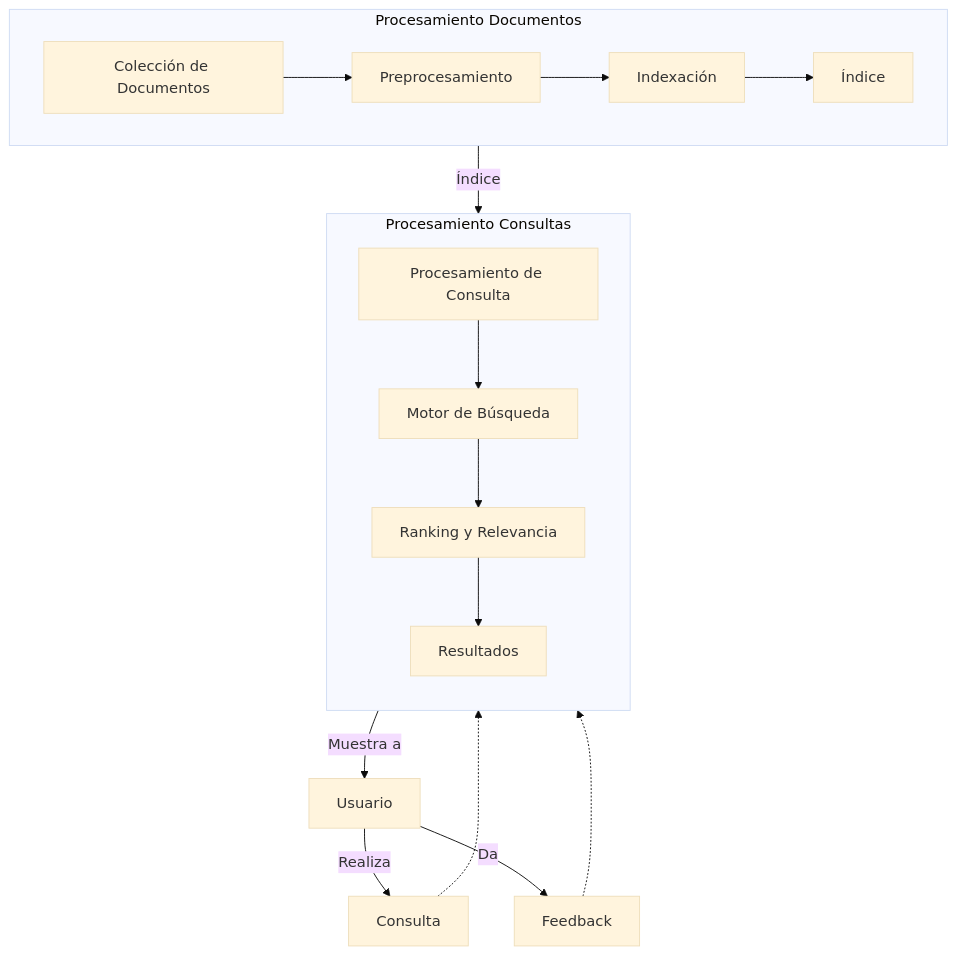
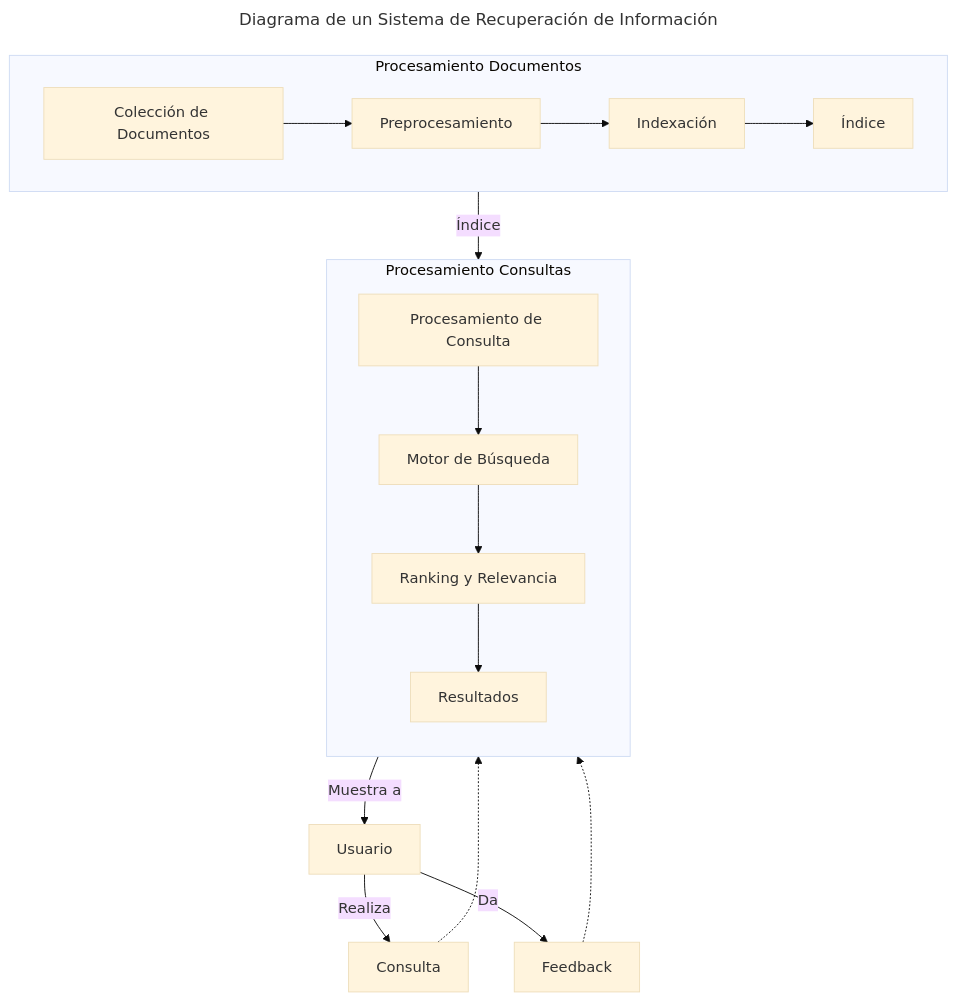
One commit to untref-edd/apuntes changed the diagram in contenidos/3-recuperacion-de-la-informacion/3-0-0-recuperacion.md. Above: the diagram before and after it, drawn with Mermaid (base theme). The commit also changed 1 other file, not shown here.

Commit message:
Se agrega tablas de referencia rapida a regex

````diff
--- a/contenidos/3-recuperacion-de-la-informacion/3-0-0-recuperacion.md
+++ b/contenidos/3-recuperacion-de-la-informacion/3-0-0-recuperacion.md
@@ -79,29 +79,33 @@
 ```{mermaid}
+---
+name: recuperacion-informacion
+title: Diagrama de un Sistema de Recuperación de Información
+---
 flowchart TB
   %% Subdiagrama: Procesamiento de Documentos (LR)
   subgraph P1 [Procesamiento Documentos]
     direction LR
     A1[Colección de Documentos] --> A2[Preprocesamiento] --> A3[Indexación] --> A4[Índice]
   end
 
   %% Usuario fuera del subgrafo de consultas
   Usuario[Usuario]
   Consulta[Consulta]
   Feedback[Feedback]
 
   Usuario -- Realiza --> Consulta
   Consulta -.-> B2[Procesamiento de Consulta]
   Usuario -- Da --> Feedback
   Feedback -.-> B2
 
   %% Subdiagrama: Procesamiento de Consultas y Recuperación (LR)
   subgraph P2 [Procesamiento Consultas]
     direction TB
     B2[Procesamiento de Consulta] --> M[Motor de Búsqueda] --> B4[Ranking y Relevancia] --> B5[Resultados]
   end
 
   B5 -- Muestra a --> Usuario
 
   %% Conexión entre los dos subdiagramas
   P1 --Índice--> M
 ```
````
